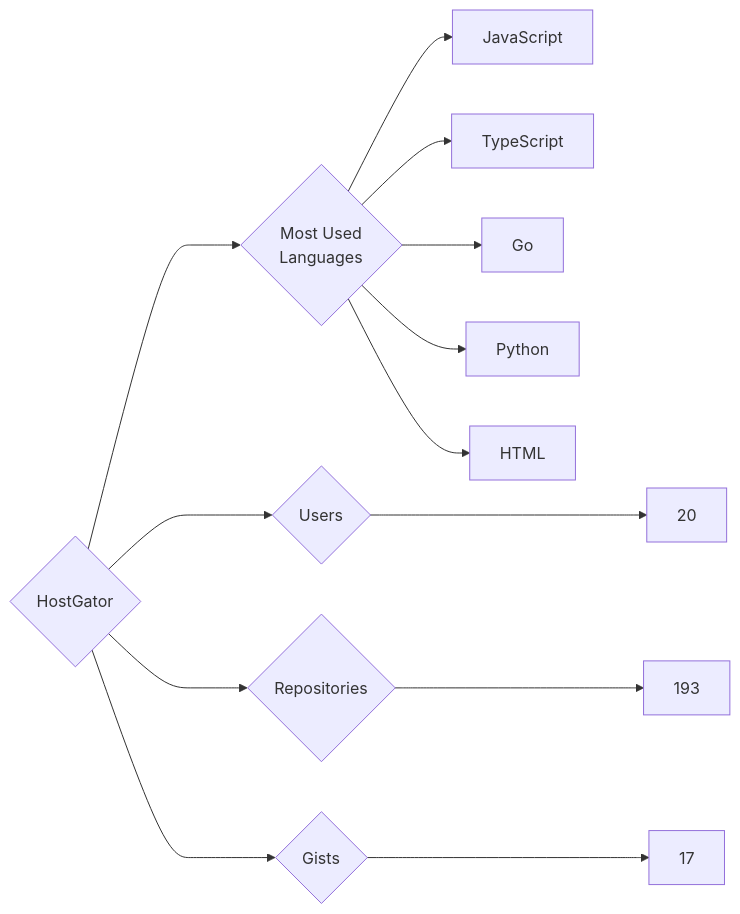
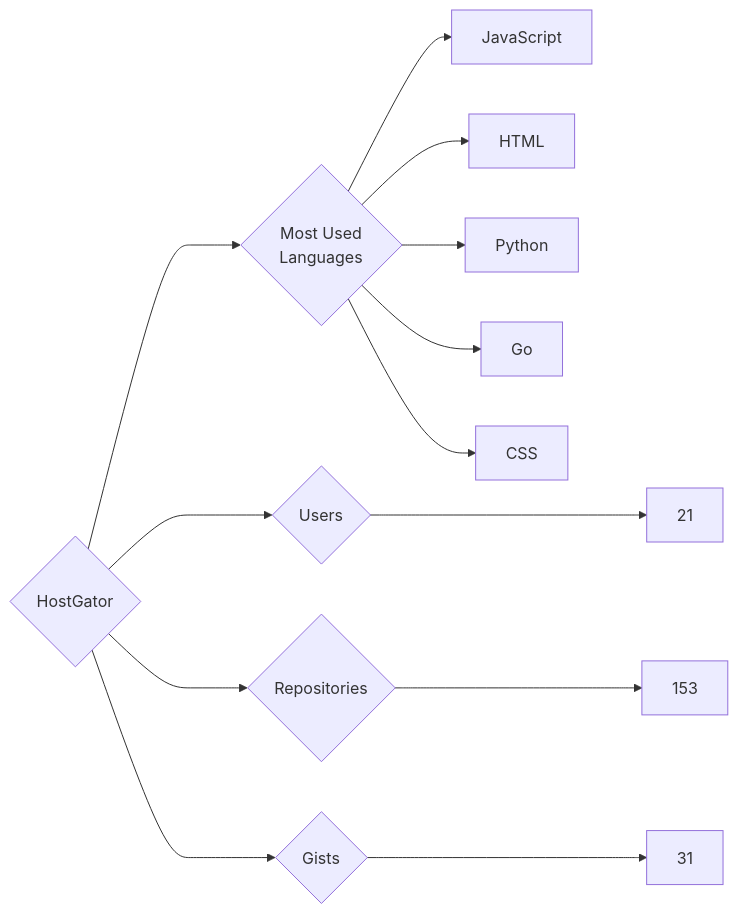
One commit to trickest/insiders changed the diagram in targets/HostGator/README.md. Above: the diagram before and after it, drawn with Mermaid. The commit also changed 749 other files, not shown here.

````diff
--- a/targets/HostGator/README.md
+++ b/targets/HostGator/README.md
@@ -3,13 +3,13 @@
 ```mermaid
 graph LR
 COMPANY_NAME{HostGator}
-COMPANY_NAME ---> U{Users} ---> UN[20]
-COMPANY_NAME ---> R{Repositories} ---> RN[193]
-COMPANY_NAME ---> G{Gists} ---> GN[17]
+COMPANY_NAME ---> U{Users} ---> UN[21]
+COMPANY_NAME ---> R{Repositories} ---> RN[153]
+COMPANY_NAME ---> G{Gists} ---> GN[31]
 COMPANY_NAME ---> ML{Most Used<br>Languages}
 ML --> JavaScript[JavaScript]
-ML --> TypeScript[TypeScript]
+ML --> HTML[HTML]
+ML --> Python[Python]
 ML --> Go[Go]
-ML --> Python[Python]
-ML --> HTML[HTML]
+ML --> CSS[CSS]
 ```
````
